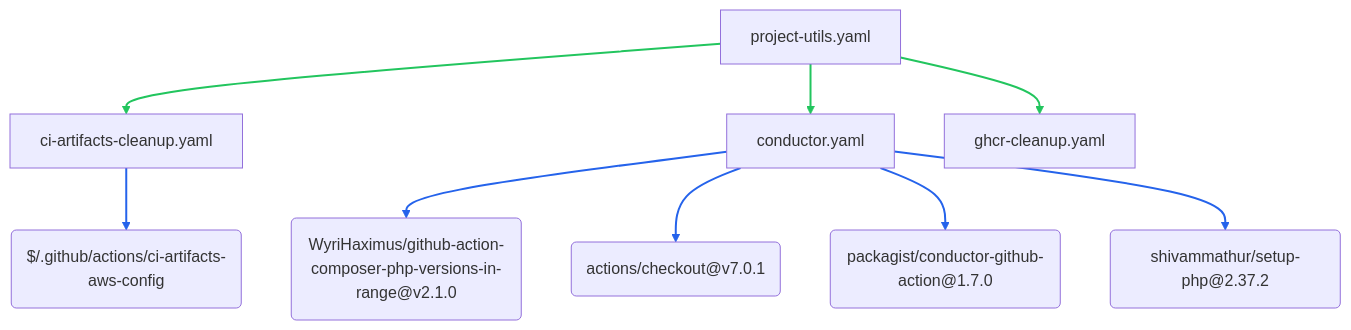
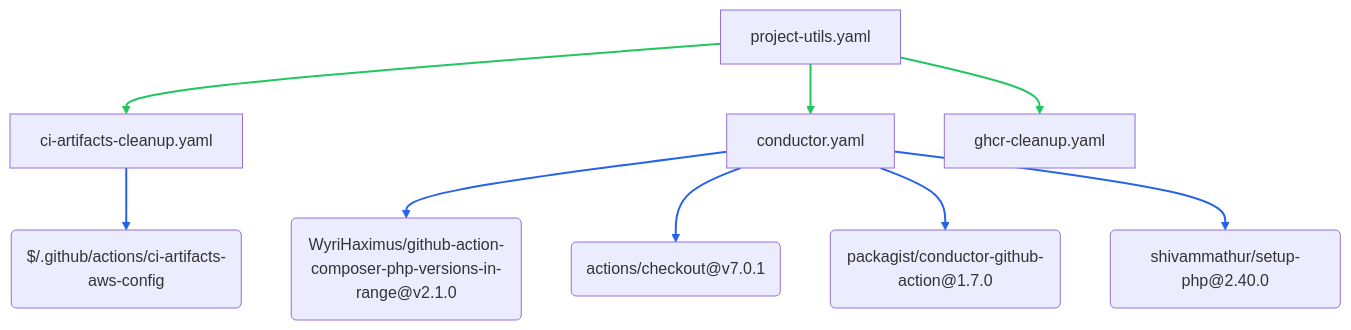
Before and after one commit to WyriHaximus/github-workflows: the sixth of 6 diagrams in README.md, drawn with Mermaid. The commit also changed other lines of this file and 2 other files, not shown here.

Commit message:
Update shivammathur/setup-php action to v2.40.0

````diff
--- a/README.md
+++ b/README.md
@@ -916,21 +916,21 @@
 ```mermaid
 flowchart TB
   project_utils_ci_artifacts_cleanup["ci-artifacts-cleanup.yaml"] --> project_utils_a0("$/.github/actions/ci-artifacts-aws-config")
   project_utils_conductor["conductor.yaml"] --> project_utils_a1("WyriHaximus/github-action-composer-php-versions-in-range@v2.1.0")
   project_utils_conductor["conductor.yaml"] --> project_utils_a2("actions/checkout@v7.0.1")
   project_utils_conductor["conductor.yaml"] --> project_utils_a3("packagist/conductor-github-action@1.7.0")
-  project_utils_conductor["conductor.yaml"] --> project_utils_a4("shivammathur/setup-php@2.37.2")
+  project_utils_conductor["conductor.yaml"] --> project_utils_a4("shivammathur/setup-php@2.40.0")
   project_utils_project_utils["project-utils.yaml"] --> project_utils_ci_artifacts_cleanup["ci-artifacts-cleanup.yaml"]
   project_utils_project_utils["project-utils.yaml"] --> project_utils_conductor["conductor.yaml"]
   project_utils_project_utils["project-utils.yaml"] --> project_utils_ghcr_cleanup["ghcr-cleanup.yaml"]
   linkStyle 5,6,7 stroke:#22c55e,stroke-width:2px
   linkStyle 0,1,2,3,4 stroke:#2563eb,stroke-width:2px
   click project_utils_a1 "https://github.com/WyriHaximus/github-action-composer-php-versions-in-range/releases/tag/v2.1.0" _blank
   click project_utils_a2 "https://github.com/actions/checkout/releases/tag/v7.0.1" _blank
   click project_utils_a3 "https://github.com/packagist/conductor-github-action/releases/tag/1.7.0" _blank
-  click project_utils_a4 "https://github.com/shivammathur/setup-php/releases/tag/2.37.2" _blank
+  click project_utils_a4 "https://github.com/shivammathur/setup-php/releases/tag/2.40.0" _blank
   click project_utils_ci_artifacts_cleanup "https://github.com/WyriHaximus/github-workflows/blob/main/.github/workflows/ci-artifacts-cleanup.yaml" _blank
   click project_utils_conductor "https://github.com/WyriHaximus/github-workflows/blob/main/.github/workflows/conductor.yaml" _blank
   click project_utils_ghcr_cleanup "https://github.com/WyriHaximus/github-workflows/blob/main/.github/workflows/ghcr-cleanup.yaml" _blank
   click project_utils_project_utils "https://github.com/WyriHaximus/github-workflows/blob/main/.github/workflows/project-utils.yaml" _blank
 ```
````
